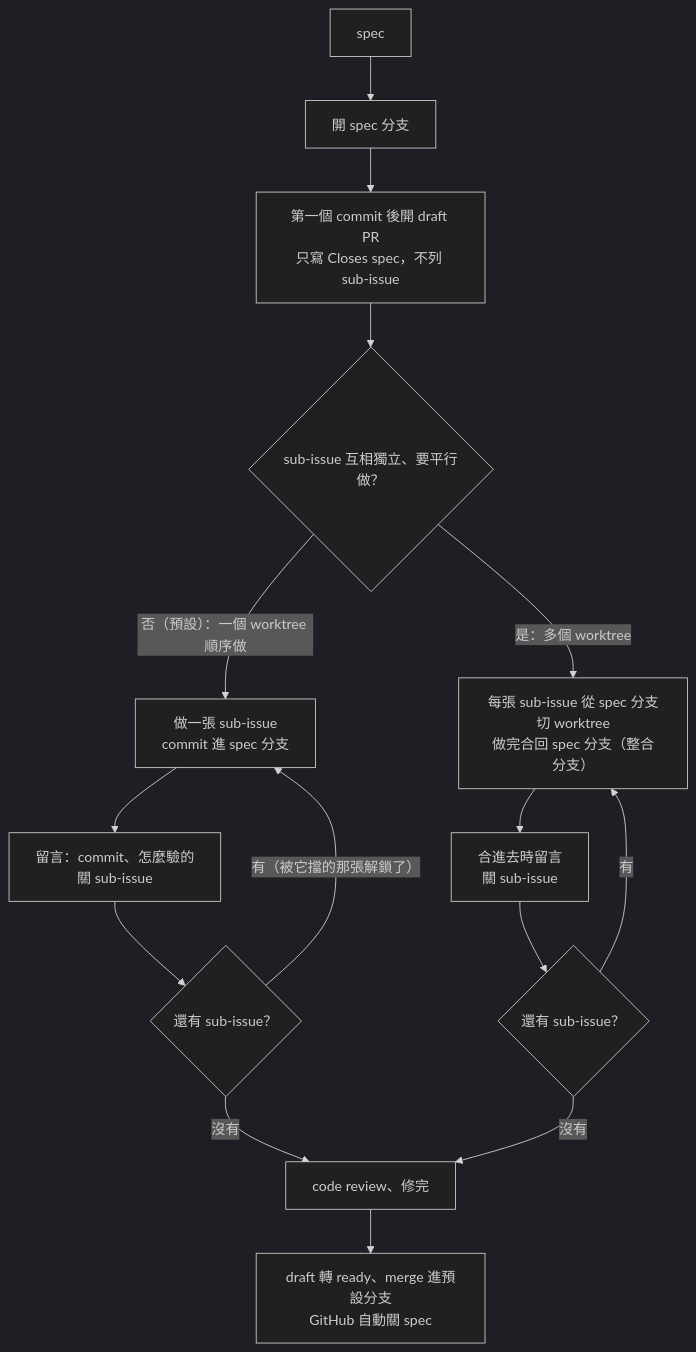
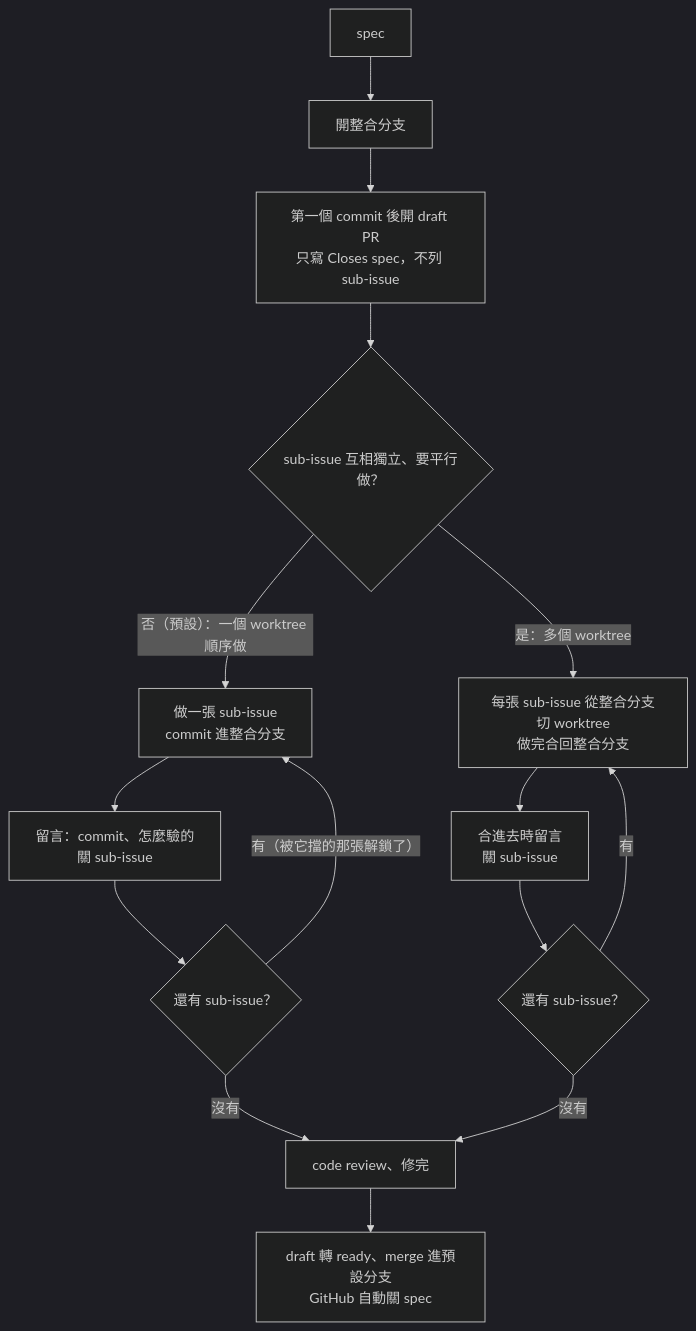
Before and after one commit to henry5720/dotfiles: the second of 2 diagrams in docs/issue-lifecycle.md, drawn with Mermaid (dark theme). The commit also changed 1 other file, not shown here.

Commit message:
docs: spec 分支統一叫整合分支，跟 GLOSSARY 與上游 implement-spec 一致

````diff
--- a/docs/issue-lifecycle.md
+++ b/docs/issue-lifecycle.md
@@ -20,17 +20,17 @@
 ```mermaid
 flowchart TD
-  S["spec"] --> BR["開 spec 分支"]
+  S["spec"] --> BR["開整合分支"]
   BR --> DR["第一個 commit 後開 draft PR<br/>只寫 Closes spec，不列 sub-issue"]
   DR --> Q{"sub-issue 互相獨立、要平行做？"}
-  Q -- "否（預設）：一個 worktree 順序做" --> ONE["做一張 sub-issue<br/>commit 進 spec 分支"]
+  Q -- "否（預設）：一個 worktree 順序做" --> ONE["做一張 sub-issue<br/>commit 進整合分支"]
   ONE --> C1["留言：commit、怎麼驗的<br/>關 sub-issue"]
   C1 --> N1{"還有 sub-issue？"}
   N1 -- "有（被它擋的那張解鎖了）" --> ONE
-  Q -- "是：多個 worktree" --> MANY["每張 sub-issue 從 spec 分支切 worktree<br/>做完合回 spec 分支（整合分支）"]
+  Q -- "是：多個 worktree" --> MANY["每張 sub-issue 從整合分支切 worktree<br/>做完合回整合分支"]
   MANY --> C2["合進去時留言<br/>關 sub-issue"]
   C2 --> N2{"還有 sub-issue？"}
   N2 -- "有" --> MANY
   N1 -- "沒有" --> RV["code review、修完"]
   N2 -- "沒有" --> RV
   RV --> M["draft 轉 ready、merge 進預設分支<br/>GitHub 自動關 spec"]
 ```
````
